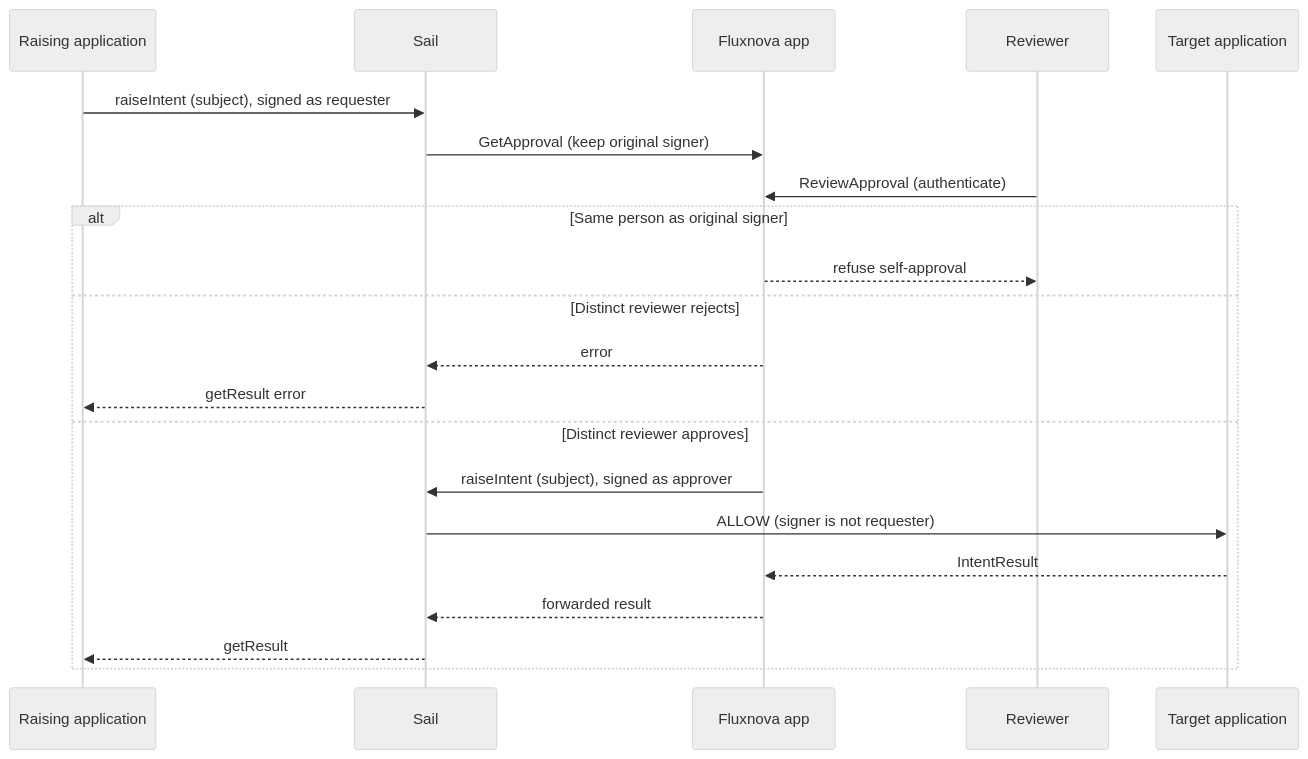
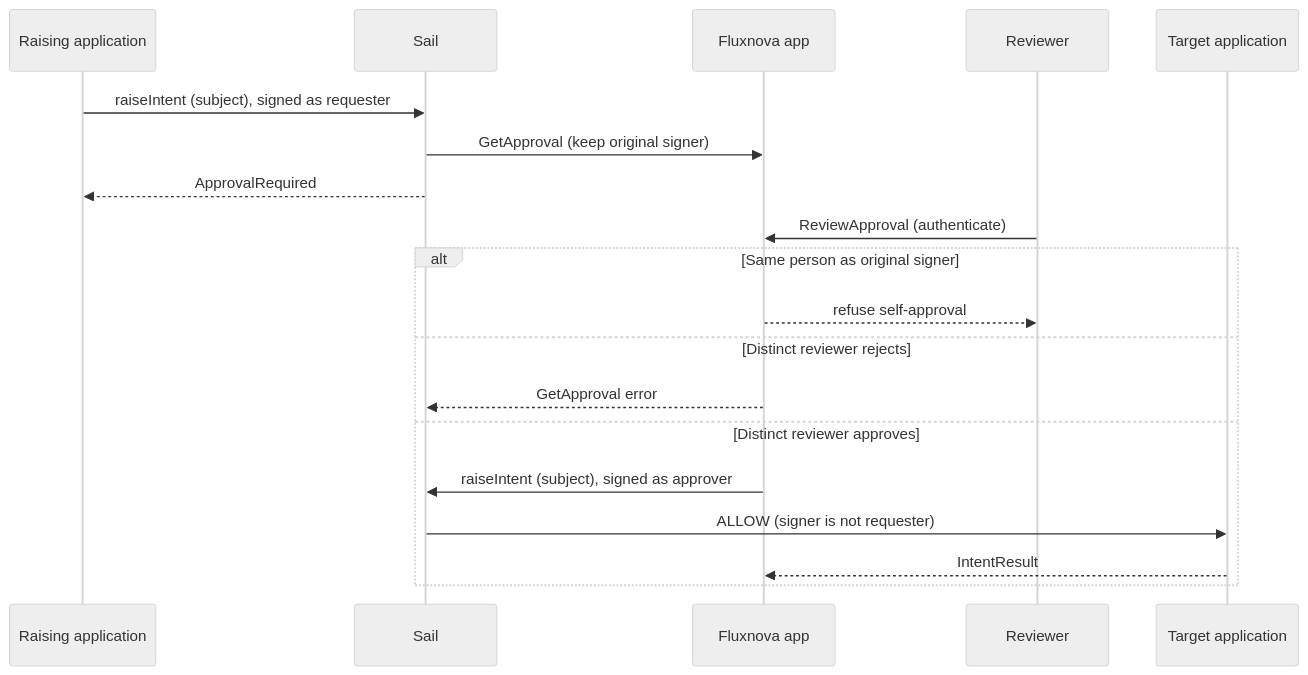
One commit to risk-first/ten-factor-governance changed the first of 2 diagrams in examples/aipa/fdc3-extensions/fdc3.approval/fluxnova.md. Above: the diagram before and after it, drawn with Mermaid (neutral theme). The commit also changed other lines of this file and 18 other files, not shown here.

````diff
--- a/examples/aipa/fdc3-extensions/fdc3.approval/fluxnova.md
+++ b/examples/aipa/fdc3-extensions/fdc3.approval/fluxnova.md
@@ -7,24 +7,22 @@
 ```mermaid
 sequenceDiagram
   participant Raise as Raising application
   participant Sail as Sail
   participant Flux as Fluxnova app
   participant Review as Reviewer
   participant Target as Target application
 
   Raise->>Sail: raiseIntent (subject), signed as requester
   Sail->>Flux: GetApproval (keep original signer)
+  Sail-->>Raise: ApprovalRequired
   Review->>Flux: ReviewApproval (authenticate)
   alt Same person as original signer
     Flux-->>Review: refuse self-approval
   else Distinct reviewer rejects
-    Flux-->>Sail: error
-    Sail-->>Raise: getResult error
+    Flux-->>Sail: GetApproval error
   else Distinct reviewer approves
     Flux->>Sail: raiseIntent (subject), signed as approver
     Sail->>Target: ALLOW (signer is not requester)
     Target-->>Flux: IntentResult
-    Flux-->>Sail: forwarded result
-    Sail-->>Raise: getResult
   end
 ```
````
